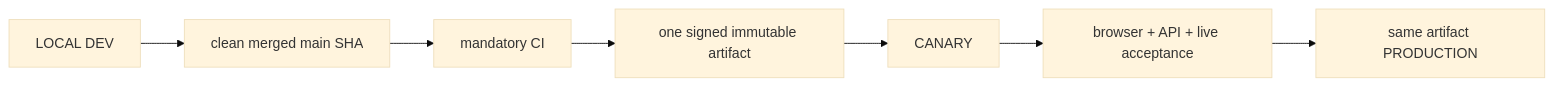
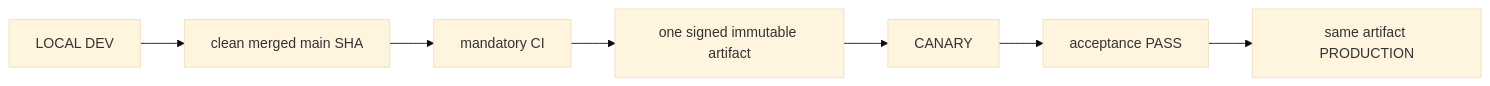
One commit to OMNOM-111/NT-Analyzer changed the diagram in NT-Analyzer/docs/external-gpt-context/04_ENVIRONMENTS_RELEASE_DEPLOYMENT.md. Above: the diagram before and after it, drawn with Mermaid (base theme). The commit also changed other lines of this file and 5 other files, not shown here.

````diff
--- a/NT-Analyzer/docs/external-gpt-context/04_ENVIRONMENTS_RELEASE_DEPLOYMENT.md
+++ b/NT-Analyzer/docs/external-gpt-context/04_ENVIRONMENTS_RELEASE_DEPLOYMENT.md
@@ -13,9 +12,9 @@
 ```mermaid
 flowchart LR
   Dev[LOCAL DEV] --> Clean[clean merged main SHA]
   Clean --> CI[mandatory CI]
   CI --> Build[one signed immutable artifact]
   Build --> Canary[CANARY]
-  Canary --> Accept[browser + API + live acceptance]
+  Canary --> Accept[acceptance PASS]
   Accept --> Prod[same artifact PRODUCTION]
 ```
````
